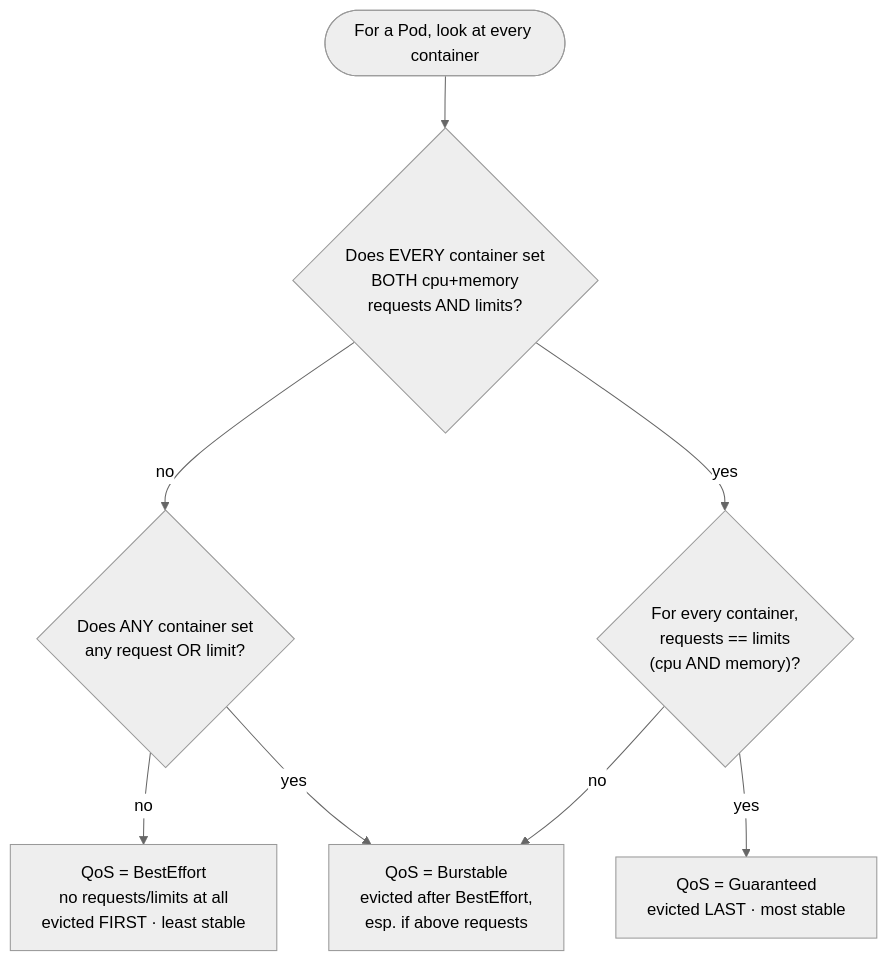
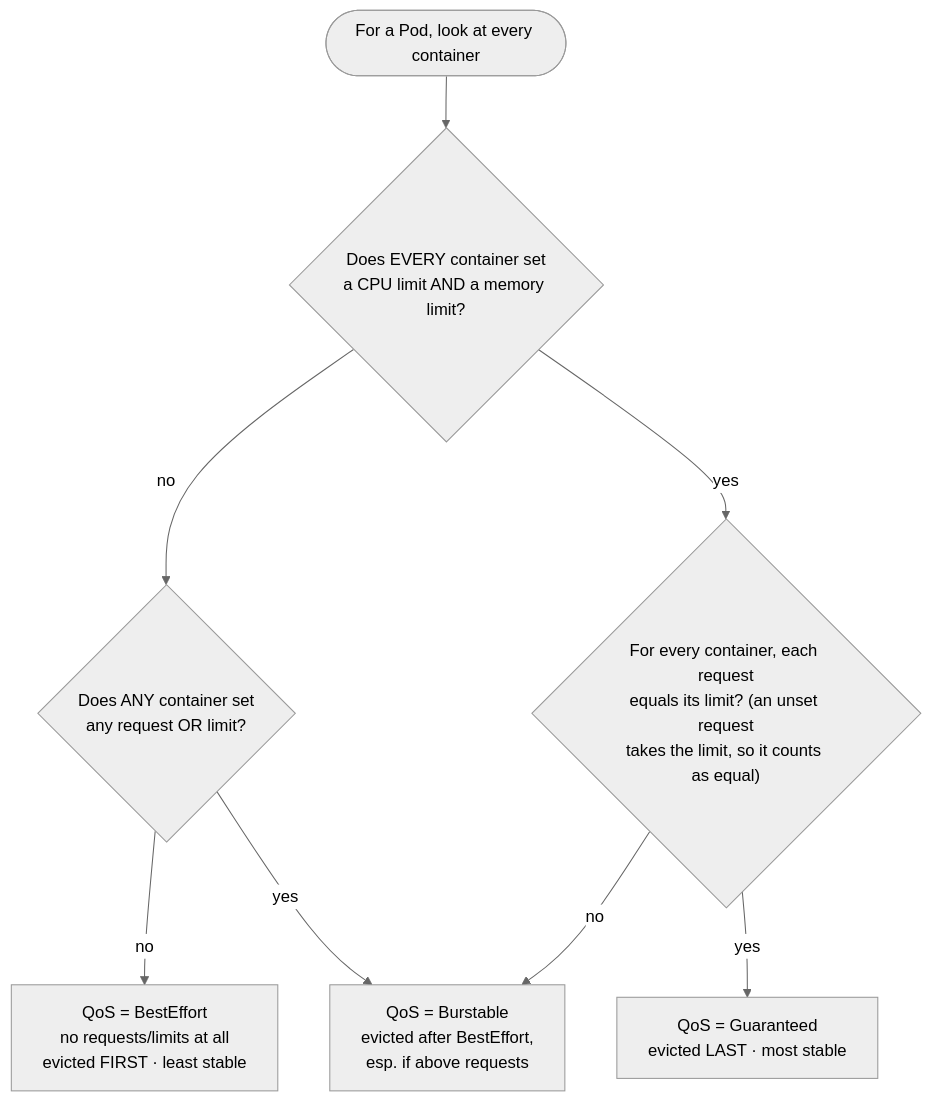
The diagram in full-guide/01-core-workloads/03-resources-and-qos.md (abd-ulbasit/bookstore-kubernetes-guide), drawn with Mermaid (neutral theme) before and after one commit. The commit also changed other lines of this file, not shown here.

First line of the commit message:
01.03: limits as a denial-of-service control

````diff
--- a/full-guide/01-core-workloads/03-resources-and-qos.md
+++ b/full-guide/01-core-workloads/03-resources-and-qos.md
@@ -61,10 +96,10 @@
 ```mermaid
 flowchart TD
-    start([For a Pod, look at every container]) --> q1{Does EVERY container set<br/>BOTH cpu+memory<br/>requests AND limits?}
+    start([For a Pod, look at every container]) --> q1{Does EVERY container set<br/>a CPU limit AND a memory limit?}
     q1 -- no --> q2{Does ANY container set<br/>any request OR limit?}
-    q1 -- yes --> q3{"For every container,<br/>requests == limits<br/>(cpu AND memory)?"}
+    q1 -- yes --> q3{"For every container, each request<br/>equals its limit? (an unset request<br/>takes the limit, so it counts as equal)"}
     q3 -- yes --> g[QoS = Guaranteed<br/>evicted LAST · most stable]
     q3 -- no --> b
     q2 -- yes --> b[QoS = Burstable<br/>evicted after BestEffort,<br/>esp. if above requests]
     q2 -- no --> be[QoS = BestEffort<br/>no requests/limits at all<br/>evicted FIRST · least stable]
 ```
````
